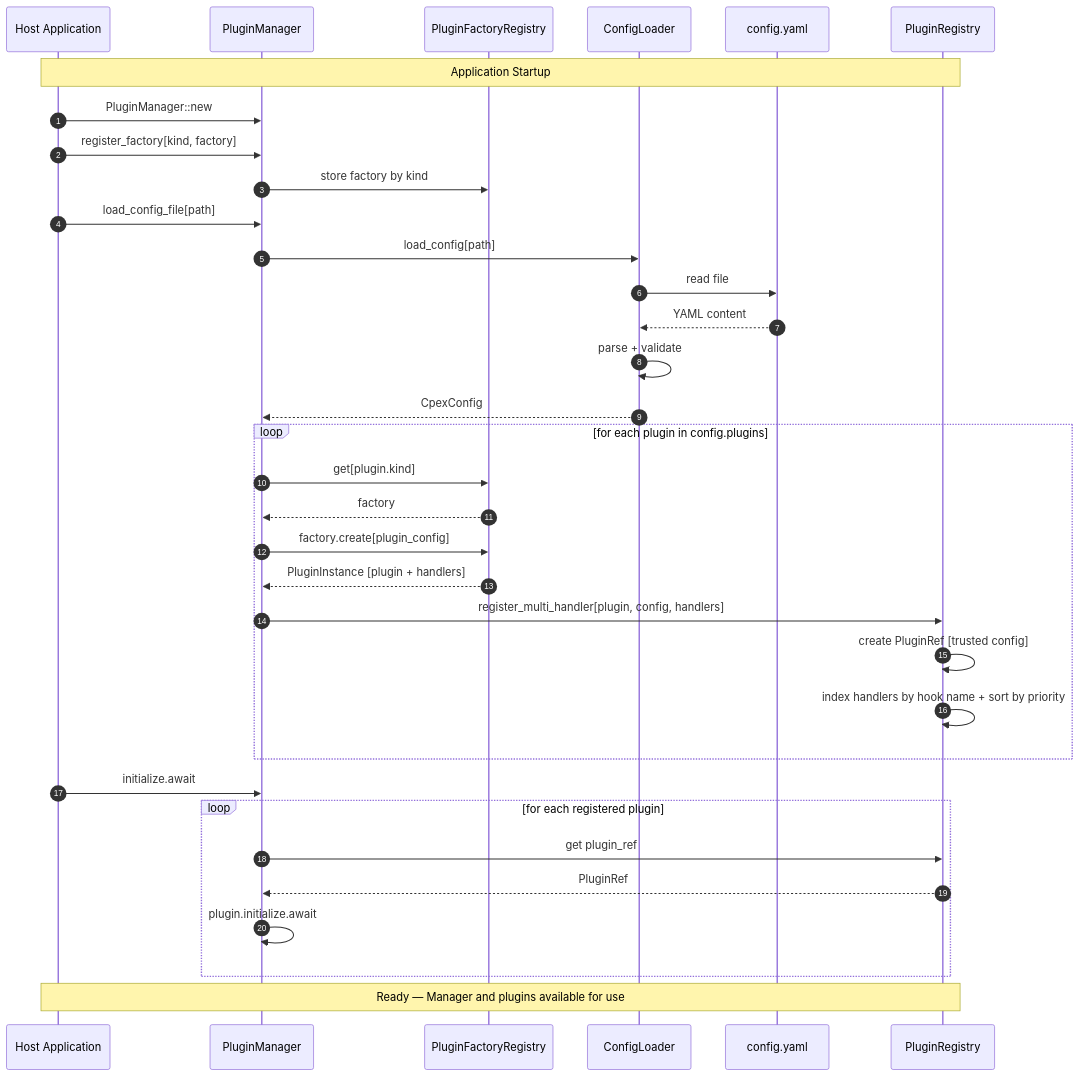
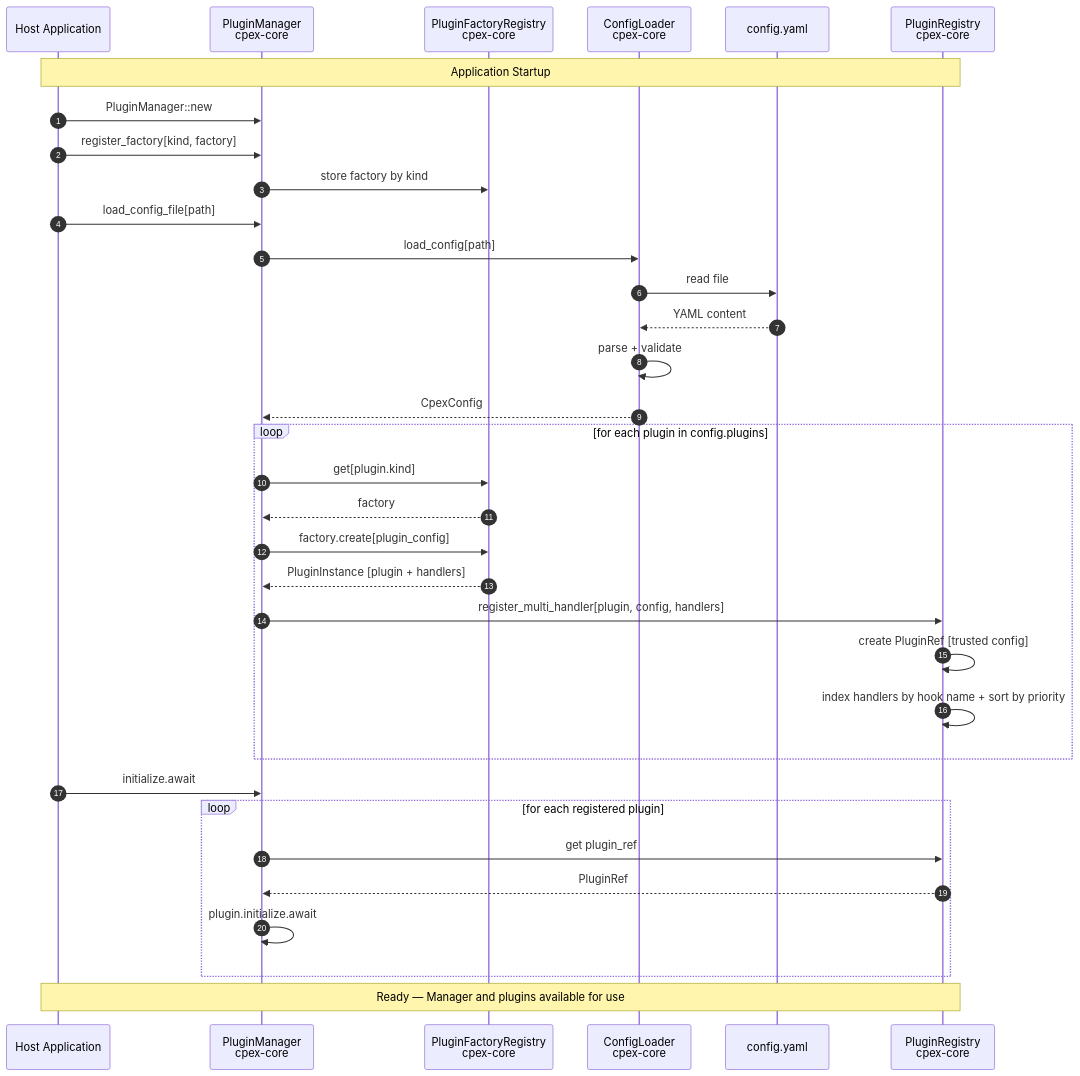
Before and after one commit to contextforge-org/contextforge-plugins-framework: the first of 2 diagrams in docs/design/overview.md, drawn with Mermaid. The commit also changed other lines of this file, not shown here.

Commit message:
docs: update actor names

````diff
--- a/docs/design/overview.md
+++ b/docs/design/overview.md
@@ -7,44 +7,44 @@
 ```mermaid
 sequenceDiagram
 
 autonumber
 
 participant App as Host Application
-participant Mgr as PluginManager
-participant Fac as PluginFactoryRegistry
-participant CL as ConfigLoader
+participant Mgr as PluginManager<br>cpex-core
+participant Fac as PluginFactoryRegistry<br>cpex-core
+participant CL as ConfigLoader<br>cpex-core
 participant Cfg as config.yaml
-participant Reg as PluginRegistry
+participant Reg as PluginRegistry<br>cpex-core
 
 note over App,Reg: Application Startup
 
 App->>Mgr: PluginManager::new
 App->>Mgr: register_factory[kind, factory]
 Mgr->>Fac: store factory by kind
 
 App->>Mgr: load_config_file[path]
 Mgr->>CL: load_config[path]
 CL->>Cfg: read file
 Cfg-->>CL: YAML content
 CL->>CL: parse + validate
 CL-->>Mgr: CpexConfig
 
 loop for each plugin in config.plugins
     Mgr->>Fac: get[plugin.kind]
     Fac-->>Mgr: factory
     Mgr->>Fac: factory.create[plugin_config]
     Fac-->>Mgr: PluginInstance [plugin + handlers]
     Mgr->>Reg: register_multi_handler[plugin, config, handlers]
     Reg->>Reg: create PluginRef [trusted config]
     Reg->>Reg: index handlers by hook name + sort by priority
 end
 
 App->>Mgr: initialize.await
 loop for each registered plugin
     Mgr->>Reg: get plugin_ref
     Reg-->>Mgr: PluginRef
     Mgr->>Mgr: plugin.initialize.await
 end
 
 note over App,Reg: Ready — Manager and plugins available for use
 ```
````
